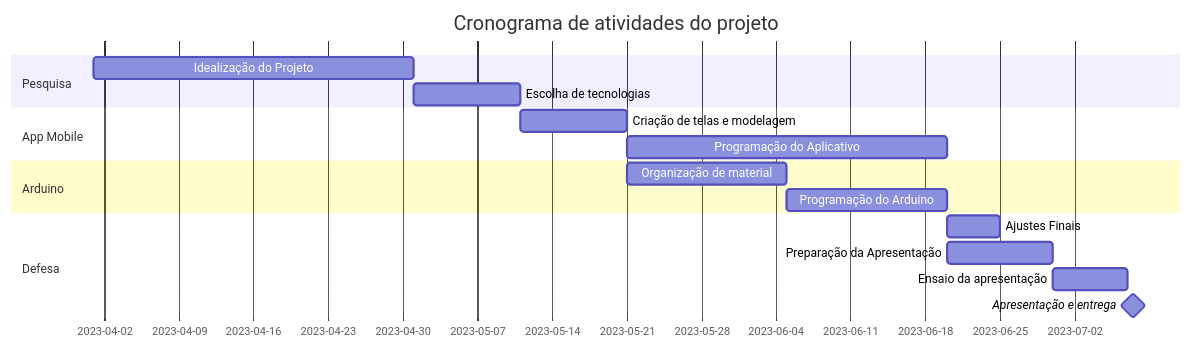
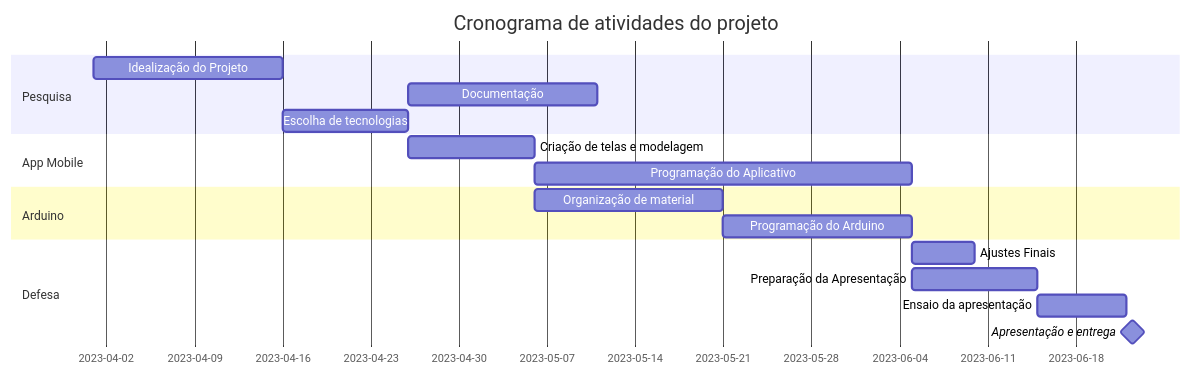
Before and after one commit to JVictor1012/Plant-Care-Projeto-Integrador: the diagram in README.md, drawn with Mermaid.

````diff
--- a/README.md
+++ b/README.md
@@ -13,23 +13,24 @@
 ```mermaid
     gantt
     title Cronograma de atividades do projeto
     dateFormat  YYYY-MM-DD
     section Pesquisa 
-    Idealização do Projeto      :a1, 2023-04-01, 30d
+    Idealização do Projeto      :a1, 2023-04-01, 15d
+    Documentação                :a2.2, after a2, 15d
     Escolha de tecnologias      :a2, after a1, 10d
     
     section App Mobile
     Criação de telas e modelagem      :b1, after a2 , 10d
     Programação do Aplicativo         :b2, after b1 , 30d
     
     section Arduino
     Organização de material         :c1, after b1, 15d
     Programação do Arduino          :c2, after c1, 15d
 
     
     section Defesa
     Ajustes Finais :z1, after b2, 5d
     Preparação da Apresentação :p1, after b2, 10d
     Ensaio da apresentação :p2, after p1, 7d
     Apresentação e entrega  :milestone, after p2, 1d
 ```
````
